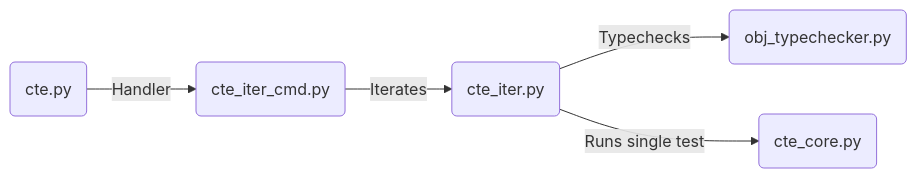
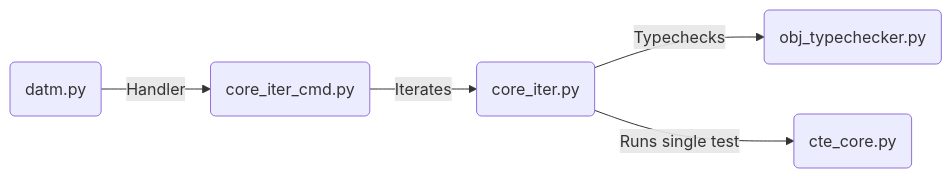
Before and after one commit to cchiw/Diderot-Dev-Examples: the second of 3 diagrams in tool_DATm/readme.md, drawn with Mermaid. The commit also changed other lines of this file, not shown here.

````diff
--- a/tool_DATm/readme.md
+++ b/tool_DATm/readme.md
@@ -88,7 +100,7 @@
 ```mermaid
 graph LR
-C(cte.py) -- Handler --> ICC(cte_iter_cmd.py) 
-ICC-- Iterates  -->IC(cte_iter.py)
+C(datm.py) -- Handler --> ICC(core_iter_cmd.py) 
+ICC-- Iterates  -->IC(core_iter.py)
 IC -- Typechecks --> OTY(obj_typechecker.py)
 IC-- Runs single test  -->CC(cte_core.py)
 ```
````
